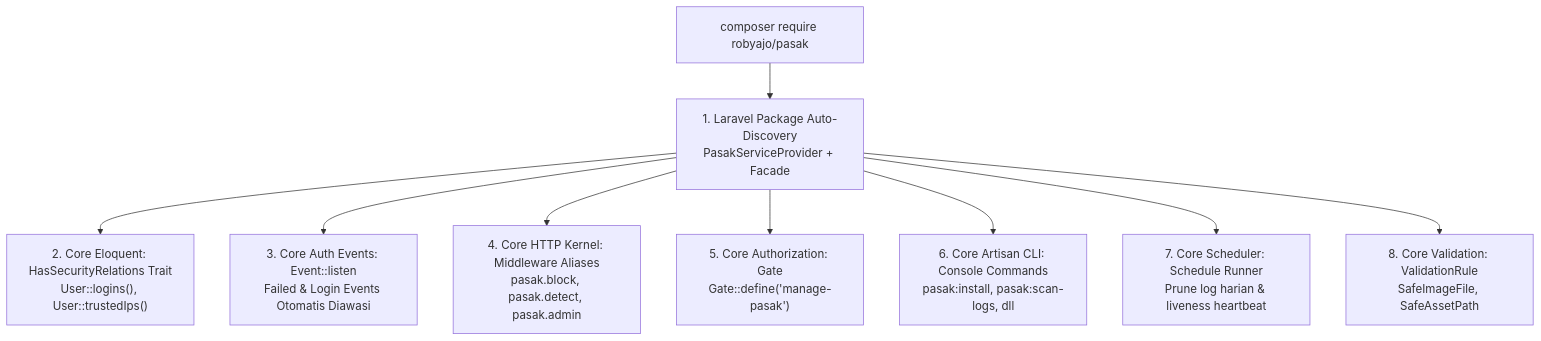
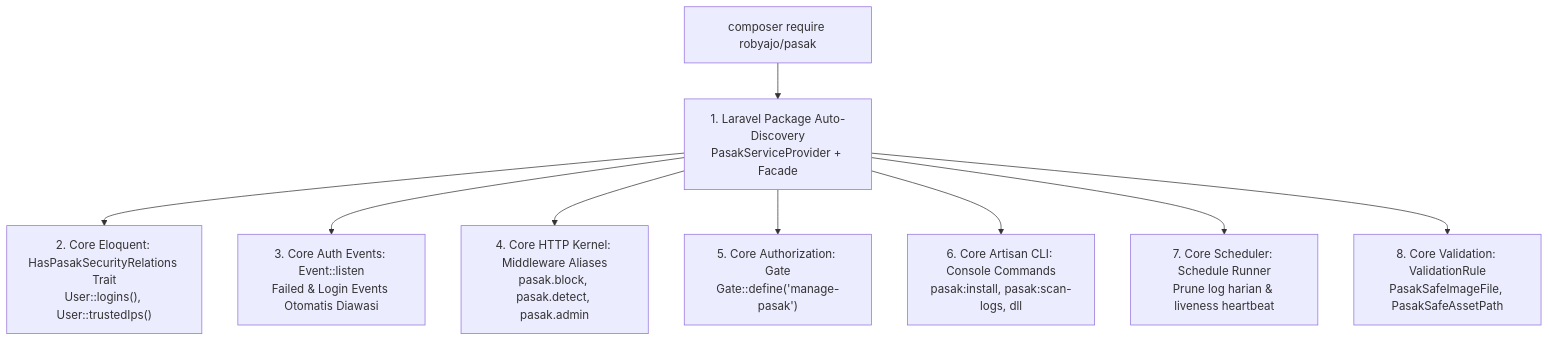
One commit to robyajo/pasak changed the diagram in documents/01-getting-started/01-introduction.md. Above: the diagram before and after it, drawn with Mermaid. The commit also changed other lines of this file and 132 other files, not shown here.

````diff
--- a/documents/01-getting-started/01-introduction.md
+++ b/documents/01-getting-started/01-introduction.md
@@ -36,12 +36,12 @@
 ```mermaid
 graph TD
     Composer[composer require robyajo/pasak] --> Discovery[1. Laravel Package Auto-Discovery<br/>PasakServiceProvider + Facade]
 
-    Discovery --> Hook1["2. Core Eloquent: HasSecurityRelations Trait<br/>User::logins(), User::trustedIps()"]
+    Discovery --> Hook1["2. Core Eloquent: HasPasakSecurityRelations Trait<br/>User::logins(), User::trustedIps()"]
     Discovery --> Hook2[3. Core Auth Events: Event::listen<br/>Failed & Login Events Otomatis Diawasi]
     Discovery --> Hook3[4. Core HTTP Kernel: Middleware Aliases<br/>pasak.block, pasak.detect, pasak.admin]
     Discovery --> Hook4["5. Core Authorization: Gate<br/>Gate::define('manage-pasak')"]
     Discovery --> Hook5[6. Core Artisan CLI: Console Commands<br/>pasak:install, pasak:scan-logs, dll]
     Discovery --> Hook6[7. Core Scheduler: Schedule Runner<br/>Prune log harian & liveness heartbeat]
-    Discovery --> Hook7[8. Core Validation: ValidationRule<br/>SafeImageFile, SafeAssetPath]
+    Discovery --> Hook7[8. Core Validation: ValidationRule<br/>PasakSafeImageFile, PasakSafeAssetPath]
 ```
````
